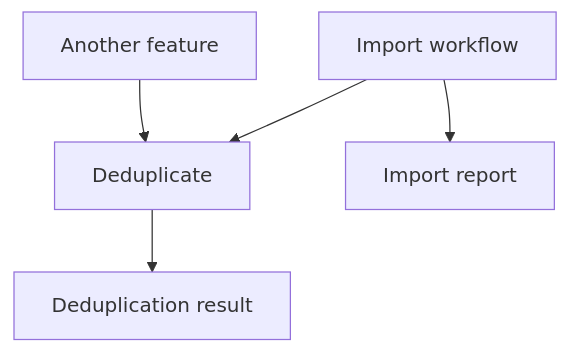
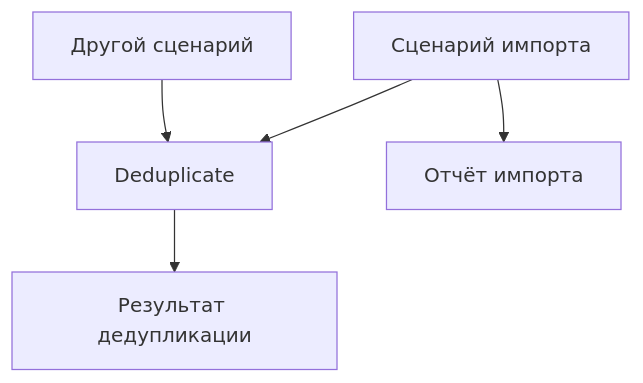
The second of 2 diagrams in presentations/lesson-2.md (AntonC9018/uniCourse_csharp), drawn with Mermaid before and after one commit. The commit also changed other lines of this file and 5 other files, not shown here.

````diff
--- a/presentations/lesson-2.md
+++ b/presentations/lesson-2.md
@@ -275,7 +275,7 @@
 ```mermaid
 flowchart TD
-    W["Import workflow"] --> S["Deduplicate"]
-    W --> R["Import report"]
-    V["Another feature"] --> S
-    S --> D["Deduplication result"]
+    W["Сценарий импорта"] --> S["Deduplicate"]
+    W --> R["Отчёт импорта"]
+    V["Другой сценарий"] --> S
+    S --> D["Результат дедупликации"]
 ```
````
